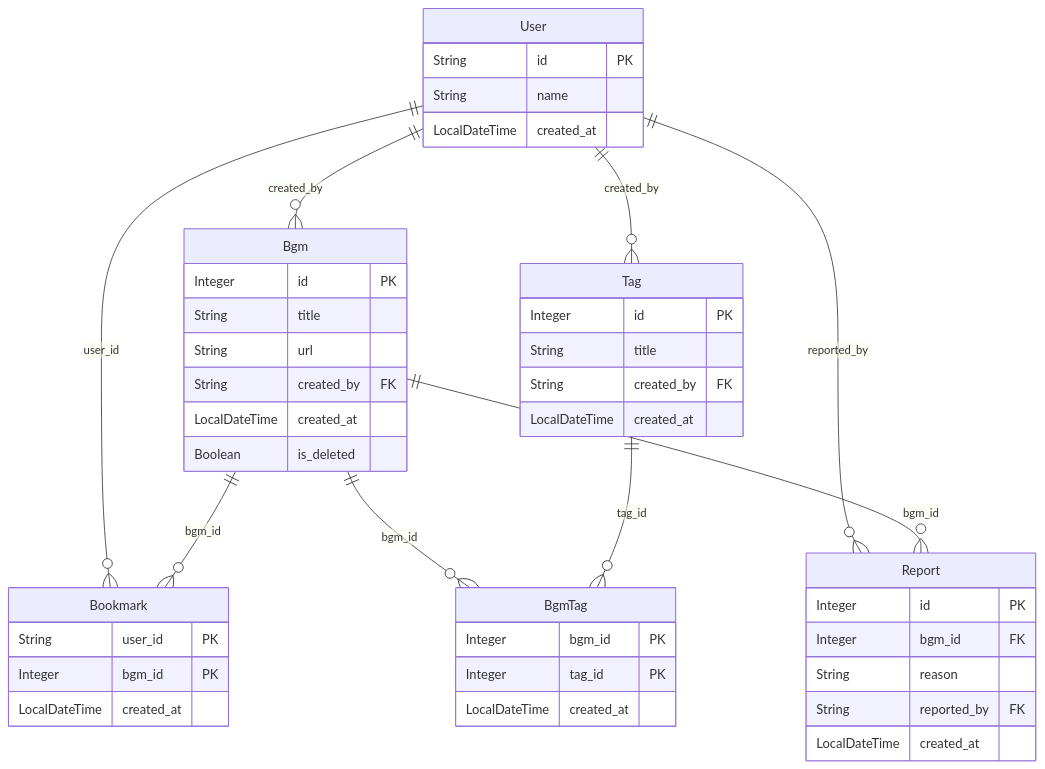
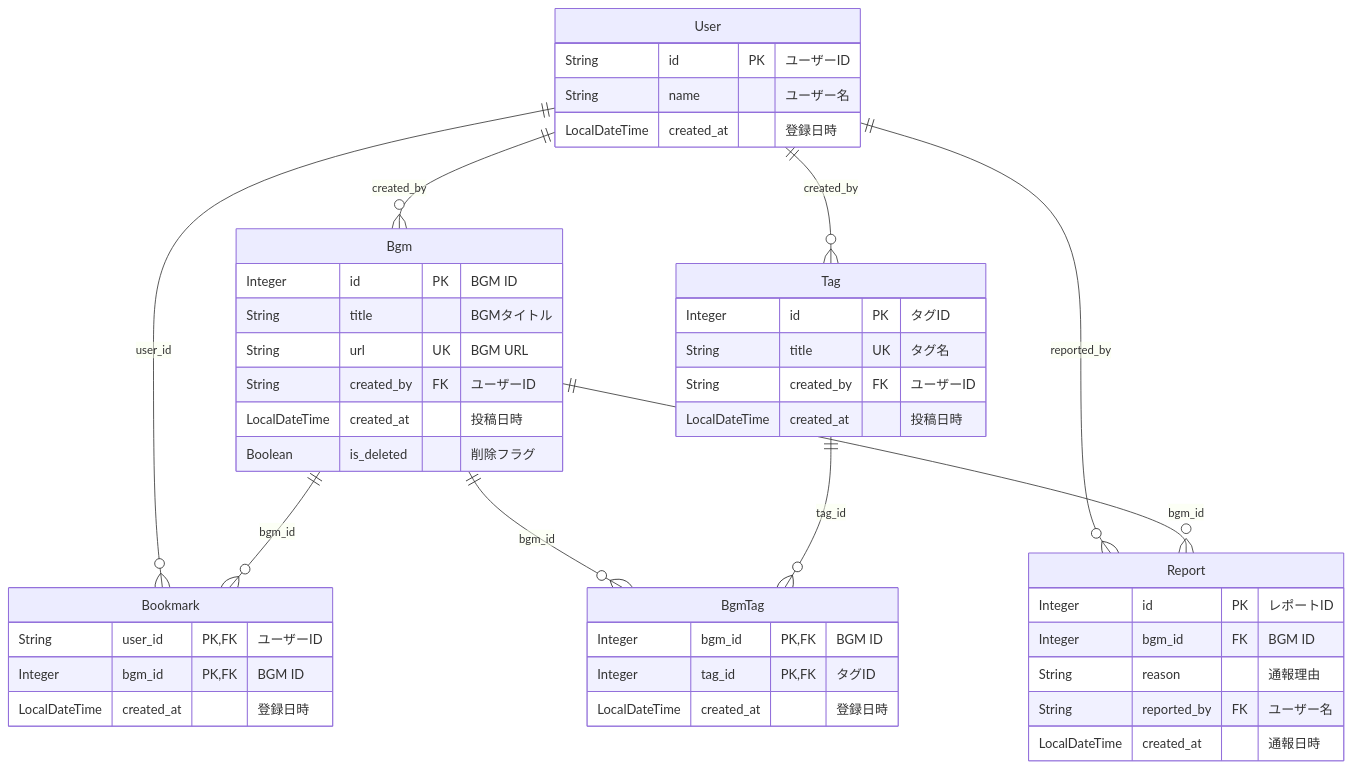
One commit to kagomen/bgm-api-springboot changed the diagram in docs/er.md. Above: the diagram before and after it, drawn with Mermaid.

````diff
--- a/docs/er.md
+++ b/docs/er.md
@@ -1,54 +1,54 @@
 ```mermaid
 erDiagram
 
 User {
-String id PK
-String name
-LocalDateTime created_at
+String id PK "ユーザーID"
+String name "ユーザー名"
+LocalDateTime created_at "登録日時"
 }
 
 Bgm {
-Integer id PK
-String title
-String url
-String created_by FK
-LocalDateTime created_at
-Boolean is_deleted
+Integer id PK "BGM ID"
+String title "BGMタイトル"
+String url UK "BGM URL"
+String created_by FK "ユーザーID"
+LocalDateTime created_at "投稿日時"
+Boolean is_deleted "削除フラグ"
 }
 
 Bookmark {
-String user_id PK
-Integer bgm_id PK
-LocalDateTime created_at
+String user_id PK,FK "ユーザーID"
+Integer bgm_id PK,FK "BGM ID"
+LocalDateTime created_at "登録日時"
 }
 
 Tag {
-Integer id PK
-String title
-String created_by FK
-LocalDateTime created_at
+Integer id PK "タグID"
+String title UK "タグ名"
+String created_by FK "ユーザーID"
+LocalDateTime created_at "投稿日時"
 }
 
 BgmTag {
-Integer bgm_id PK
-Integer tag_id PK
-LocalDateTime created_at
+Integer bgm_id PK,FK "BGM ID"
+Integer tag_id PK,FK "タグID"
+LocalDateTime created_at "登録日時"
 }
 
 Report {
-Integer id PK
-Integer bgm_id FK
-String reason
-String reported_by FK
-LocalDateTime created_at
+Integer id PK "レポートID"
+Integer bgm_id FK "BGM ID"
+String reason "通報理由"
+String reported_by FK "ユーザー名"
+LocalDateTime created_at "通報日時"
 }
 
 User ||--o{ Bgm : created_by
 User ||--o{ Bookmark : user_id
 User ||--o{ Tag : created_by
 User ||--o{ Report : reported_by
 Bgm ||--o{ Bookmark : bgm_id
 Bgm ||--o{ BgmTag : bgm_id
 Bgm ||--o{ Report : bgm_id
 Tag ||--o{ BgmTag : tag_id
 ```
````
